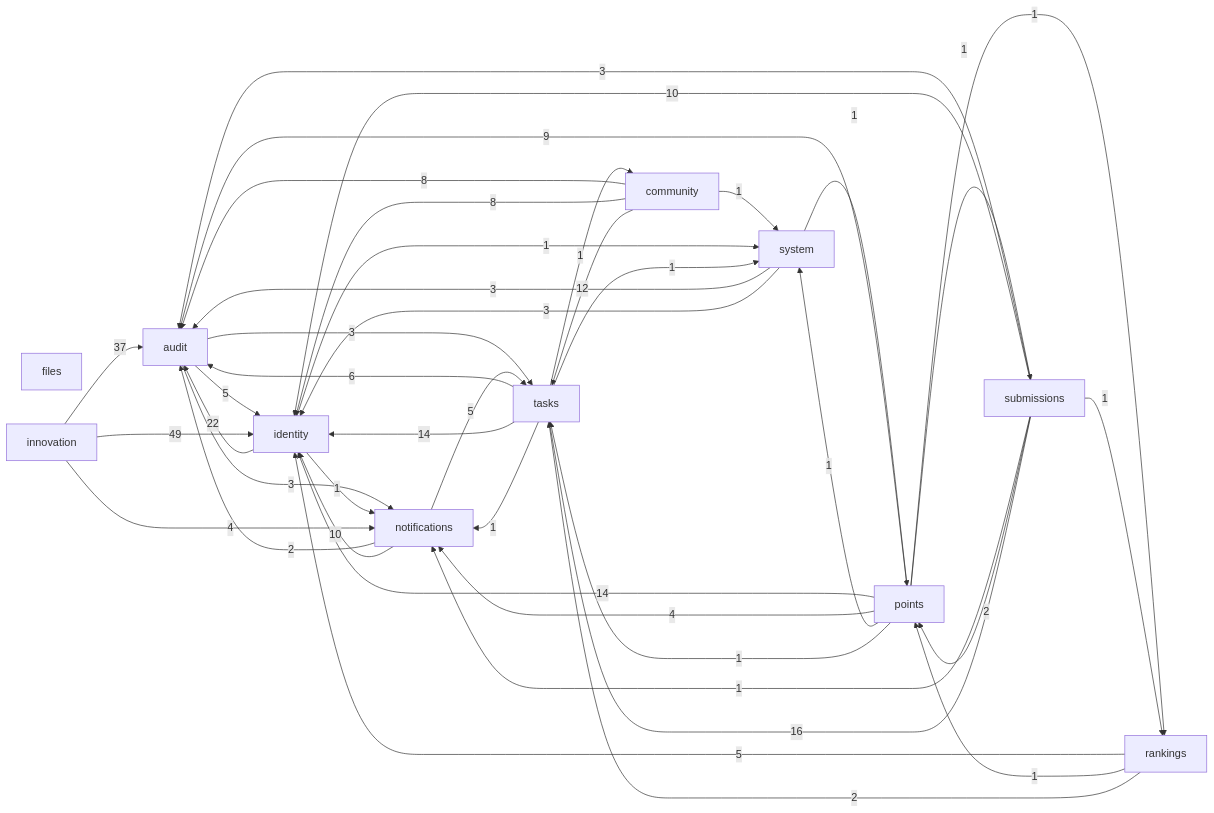
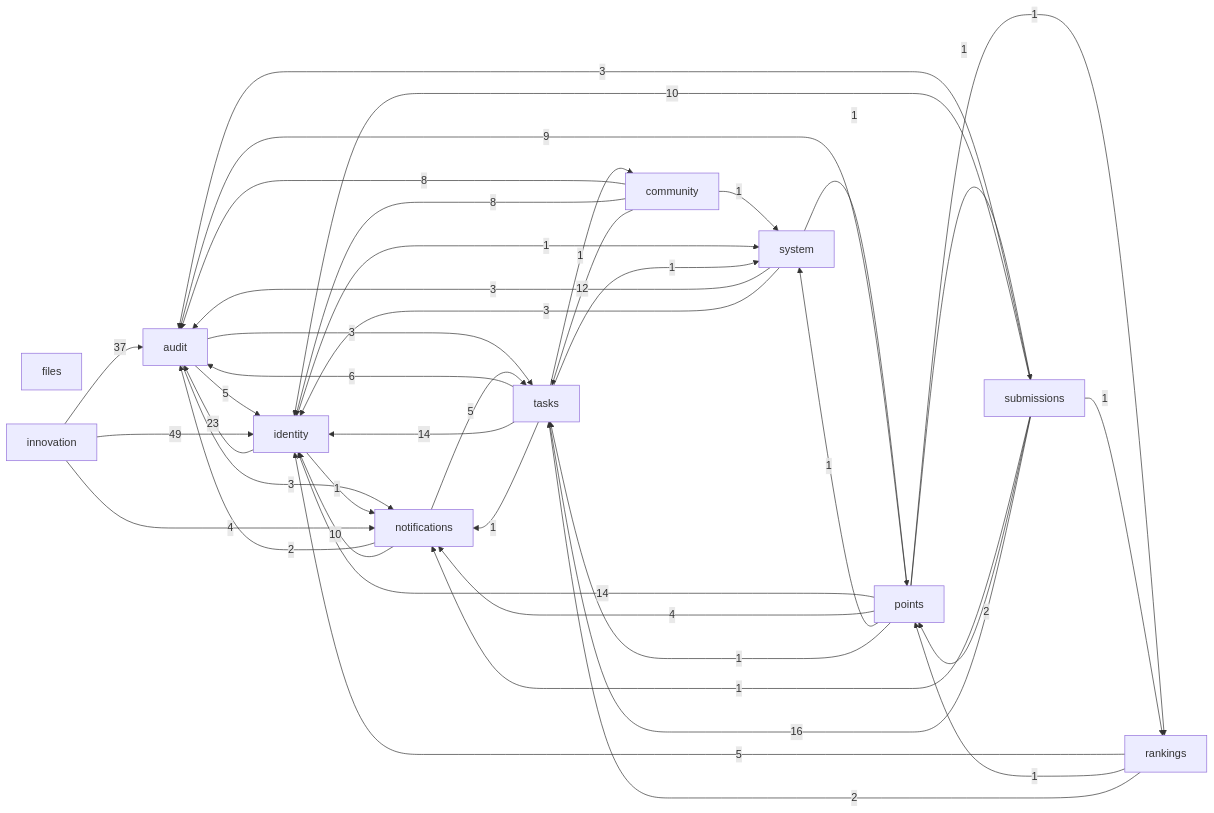
Before and after one commit to Penghuige/campus-quest: the first of 2 diagrams in docs/architecture/as-built.md, drawn with Mermaid. The commit also changed other lines of this file and 10 other files, not shown here.

````diff
--- a/docs/architecture/as-built.md
+++ b/docs/architecture/as-built.md
@@ -18,54 +18,54 @@
 ```mermaid
 flowchart LR
     audit[audit]
     community[community]
     files[files]
     identity[identity]
     innovation[innovation]
     notifications[notifications]
     points[points]
     rankings[rankings]
     submissions[submissions]
     system[system]
     tasks[tasks]
     audit -->|5| identity
     audit -->|3| notifications
     audit -->|3| tasks
     community -->|8| audit
     community -->|8| identity
     community -->|1| system
     community -->|12| tasks
-    identity -->|22| audit
+    identity -->|23| audit
     identity -->|1| notifications
     identity -->|1| system
     innovation -->|37| audit
     innovation -->|49| identity
     innovation -->|4| notifications
     notifications -->|2| audit
     notifications -->|10| identity
     notifications -->|5| tasks
     points -->|9| audit
     points -->|14| identity
     points -->|4| notifications
     points -->|1| rankings
     points -->|1| submissions
     points -->|1| system
     points -->|1| tasks
     rankings -->|5| identity
     rankings -->|1| points
     rankings -->|2| tasks
     submissions -->|3| audit
     submissions -->|10| identity
     submissions -->|1| notifications
     submissions -->|2| points
     submissions -->|1| rankings
     submissions -->|16| tasks
     system -->|3| audit
     system -->|3| identity
     system -->|1| points
     tasks -->|6| audit
     tasks -->|1| community
     tasks -->|14| identity
     tasks -->|1| notifications
     tasks -->|1| system
 ```
````
